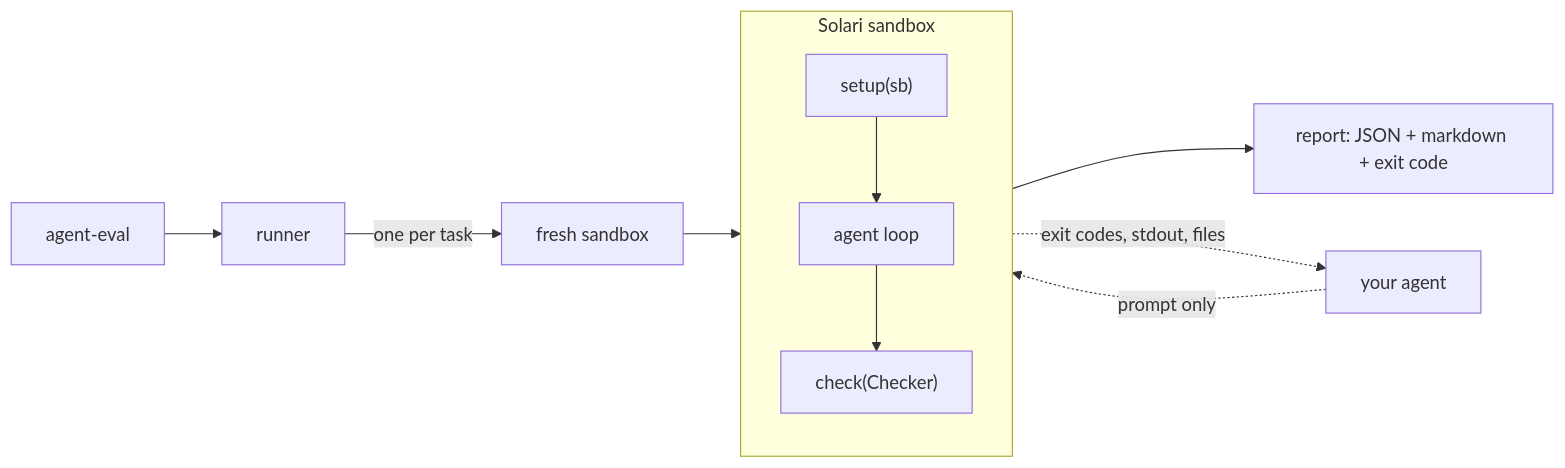
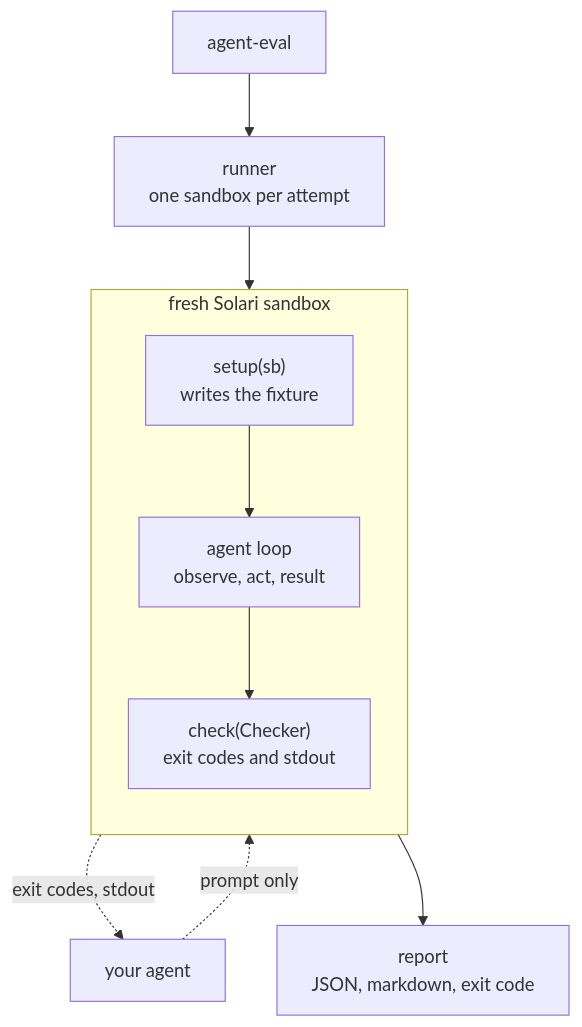
One commit to Mohamed-AH/solari-cookbook changed the diagram in agent-eval/README.md. Above: the diagram before and after it, drawn with Mermaid.

Commit message:
Make the diagram readable on GitHub
It was 1710px wide, so GitHub scaled it to 49% and the labels rendered at
about 8px. Top-down instead: 590px wide, fits the column, renders full size.

Claude-Session: https://claude.ai/code/session_014p6TQs2Ks7pjdhiCsEMLe1

````diff
--- a/agent-eval/README.md
+++ b/agent-eval/README.md
@@ -89,16 +89,18 @@
 ```mermaid
-flowchart LR
-    CLI["agent-eval"] --> R["runner"]
-    R -->|one per task| S["fresh sandbox"]
+%%{init: {"flowchart": {"nodeSpacing": 45, "rankSpacing": 55}, "themeVariables": {"fontSize": "16px"}}}%%
+flowchart TD
+    CLI["agent-eval"] --> RUN["runner<br/>one sandbox per attempt"]
 
-    subgraph SB["Solari sandbox"]
+    subgraph BOX["fresh Solari sandbox"]
         direction TB
-        SET["setup(sb)"] --> LOOP["agent loop"] --> CHK["check(Checker)"]
+        SET["setup(sb)<br/>writes the fixture"]
+        LOOP["agent loop<br/>observe, act, result"]
+        CHK["check(Checker)<br/>exit codes and stdout"]
+        SET --> LOOP --> CHK
     end
 
-    S --> SB
-    CHK --> REP["report: JSON + markdown + exit code"]
-
-    A["your agent"] -.->|"prompt only"| LOOP
-    LOOP -.->|"exit codes, stdout, files"| A
+    RUN --> SET
+    AGENT["your agent"] -.->|"prompt only"| LOOP
+    LOOP -.->|"exit codes, stdout"| AGENT
+    CHK --> REP["report<br/>JSON, markdown, exit code"]
 ```
````
